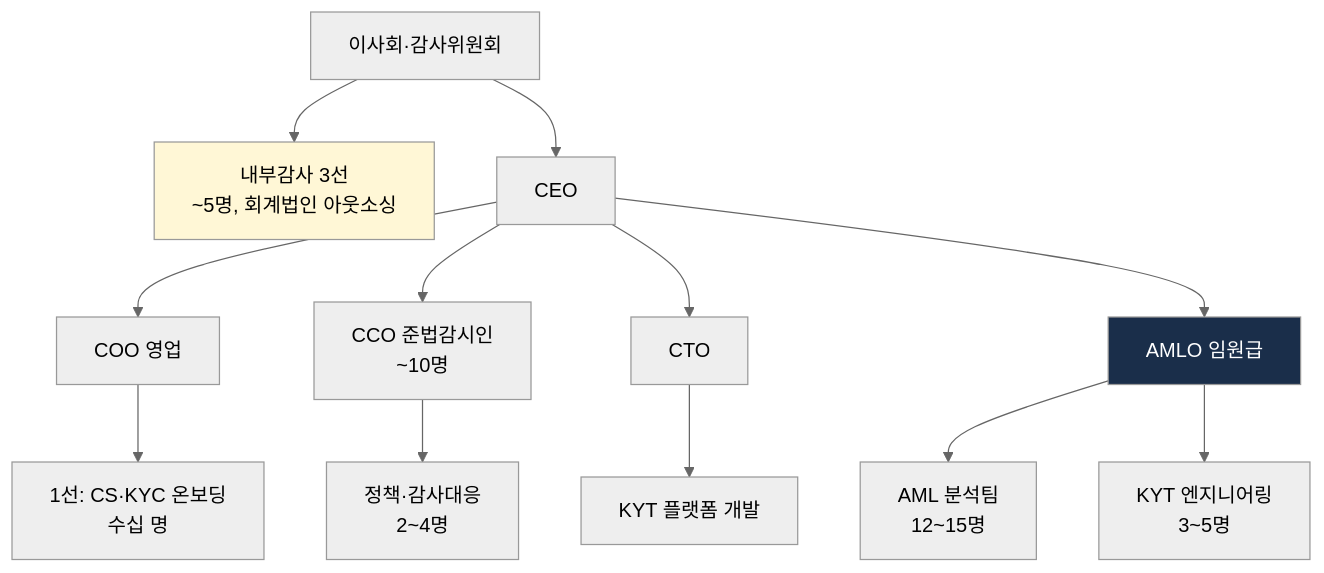
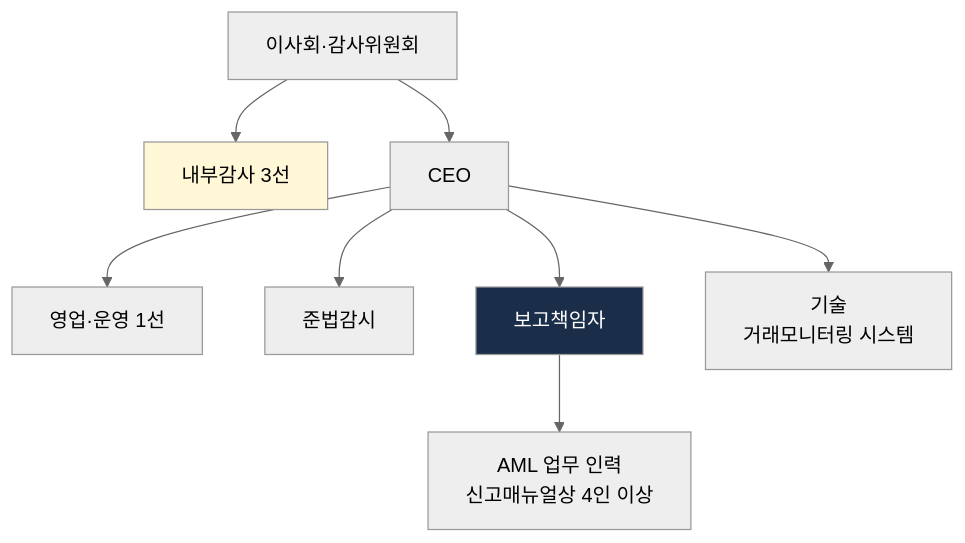
Before and after one commit to lala-david/aml-notes: the fourth of 4 diagrams in notes/5-compliance/internal-controls.md, drawn with Mermaid (neutral theme). The commit also changed other lines of this file and 233 other files, not shown here.

````diff
--- a/notes/5-compliance/internal-controls.md
+++ b/notes/5-compliance/internal-controls.md
@@ -413,17 +402,12 @@
 ```mermaid
 flowchart TB
-    Board[이사회·감사위원회]
-    Board --> Audit[내부감사 3선<br/>~5명, 회계법인 아웃소싱]
-    Board --> CEO[CEO]
-    CEO --> COO[COO 영업]
-    CEO --> CCO[CCO 준법감시인<br/>~10명]
-    CEO --> CTO[CTO]
-    CEO --> AMLO[AMLO 임원급]
-    AMLO --> AML_TEAM[AML 분석팀<br/>12~15명]
-    AMLO --> KYT_ENG[KYT 엔지니어링<br/>3~5명]
-    CCO --> POLICY[정책·감사대응<br/>2~4명]
-    COO --> FRONT[1선: CS·KYC 온보딩<br/>수십 명]
-    CTO --> KYT_DEV[KYT 플랫폼 개발]
+    Board["이사회·감사위원회"] --> Audit["내부감사 3선"]
+    Board --> CEO["CEO"]
+    CEO --> OPS["영업·운영 1선"]
+    CEO --> CO["준법감시"]
+    CEO --> AMLO["보고책임자"]
+    AMLO --> AMLT["AML 업무 인력<br/>신고매뉴얼상 4인 이상"]
+    CEO --> TECH["기술<br/>거래모니터링 시스템"]
     style AMLO fill:#1a2e4a,color:#fff
     style Audit fill:#fff7d6
 ```
````
